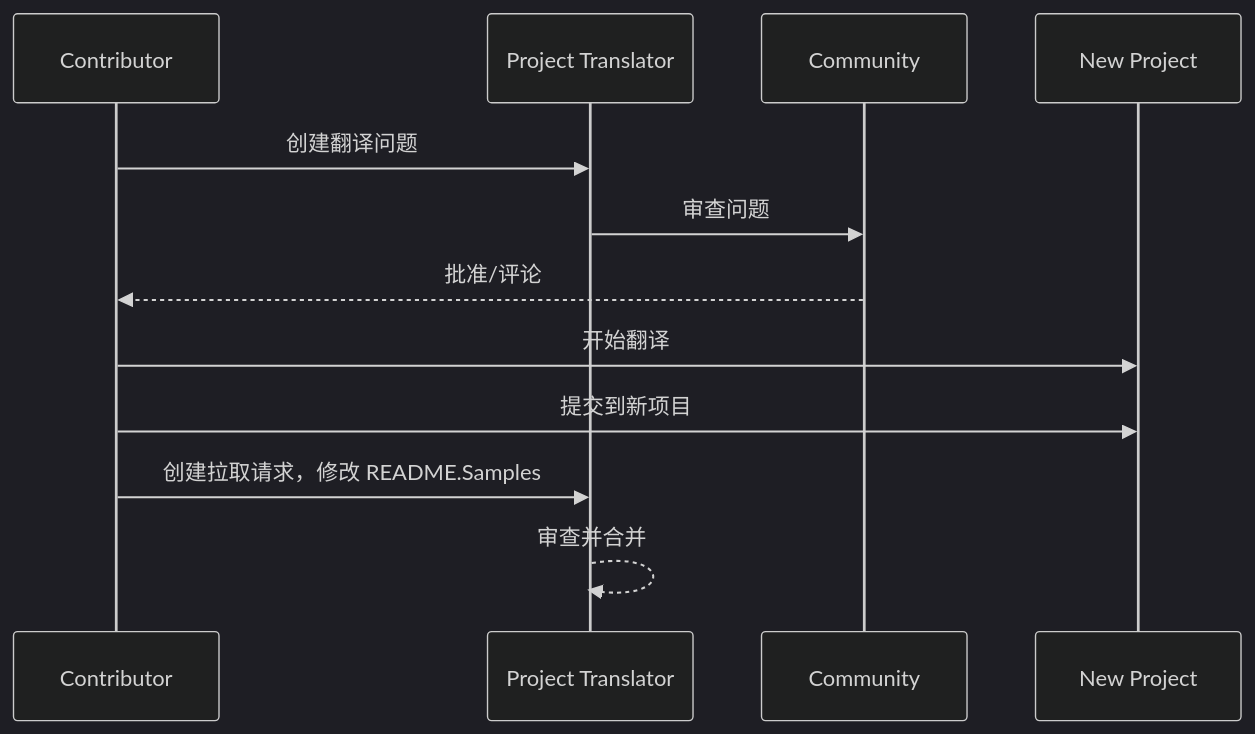
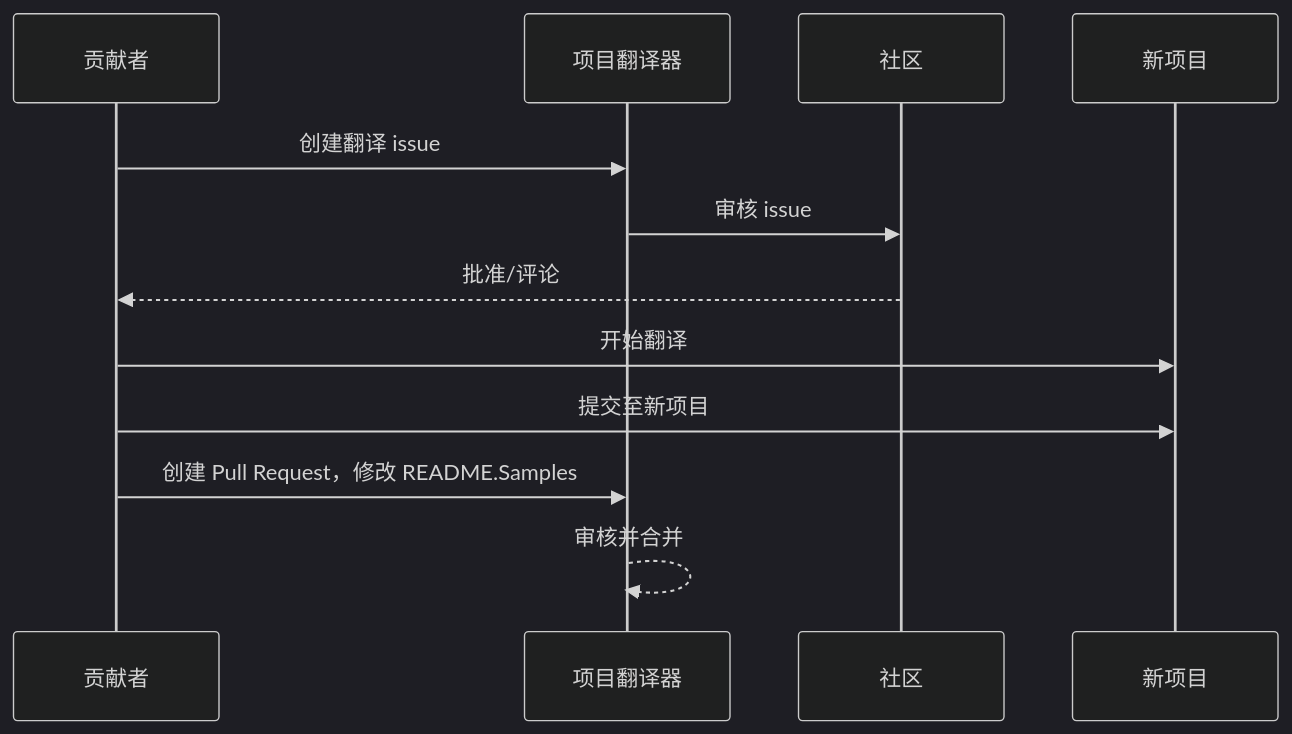
Before and after one commit to Project-Translation/project_translator: the diagram in readmes/README.zh-cn.md, drawn with Mermaid (dark theme). The commit also changed other lines of this file and 73 other files, not shown here.

````diff
--- a/readmes/README.zh-cn.md
+++ b/readmes/README.zh-cn.md
@@ -51,10 +50,10 @@
 ```mermaid
 sequenceDiagram
-  Contributor->>Project Translator: 创建翻译问题
-  Project Translator->>Community: 审查问题
-  Community-->>Contributor: 批准/评论
-  Contributor->>New Project: 开始翻译
-  Contributor->>New Project: 提交到新项目
-  Contributor->>Project Translator: 创建拉取请求，修改 README.Samples
-  Project Translator-->>Project Translator: 审查并合并
+  贡献者->>项目翻译器: 创建翻译 issue
+  项目翻译器->>社区: 审核 issue
+  社区-->>贡献者: 批准/评论
+  贡献者->>新项目: 开始翻译
+  贡献者->>新项目: 提交至新项目
+  贡献者->>项目翻译器: 创建 Pull Request，修改 README.Samples
+  项目翻译器-->>项目翻译器: 审核并合并
 ```
````
